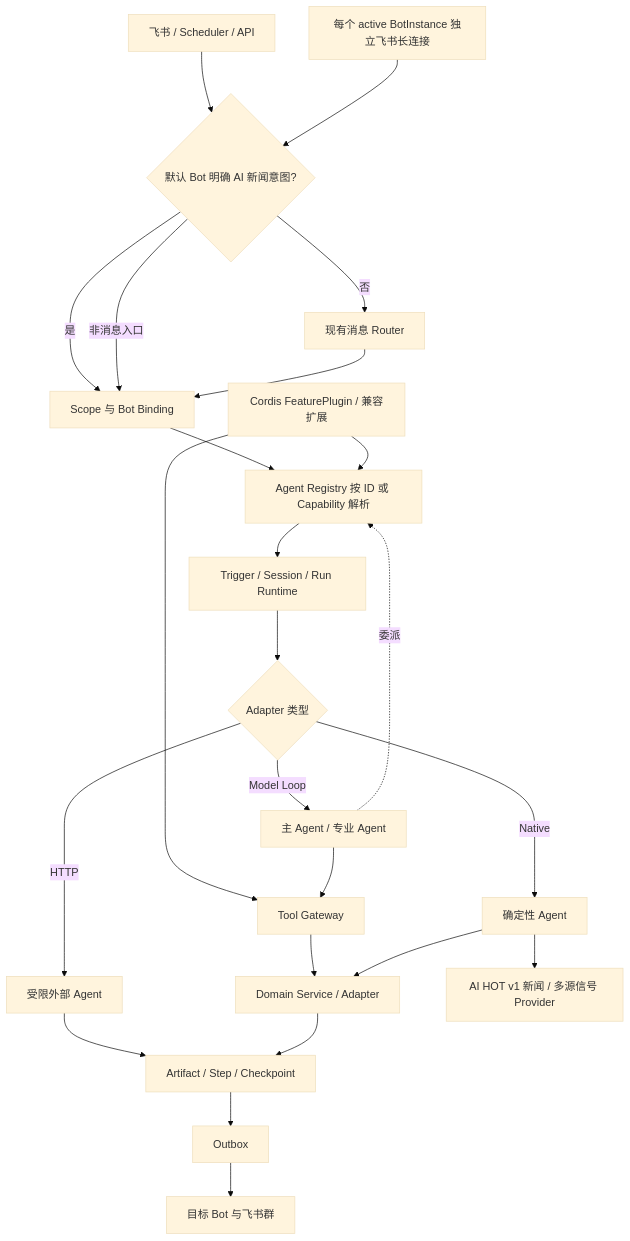
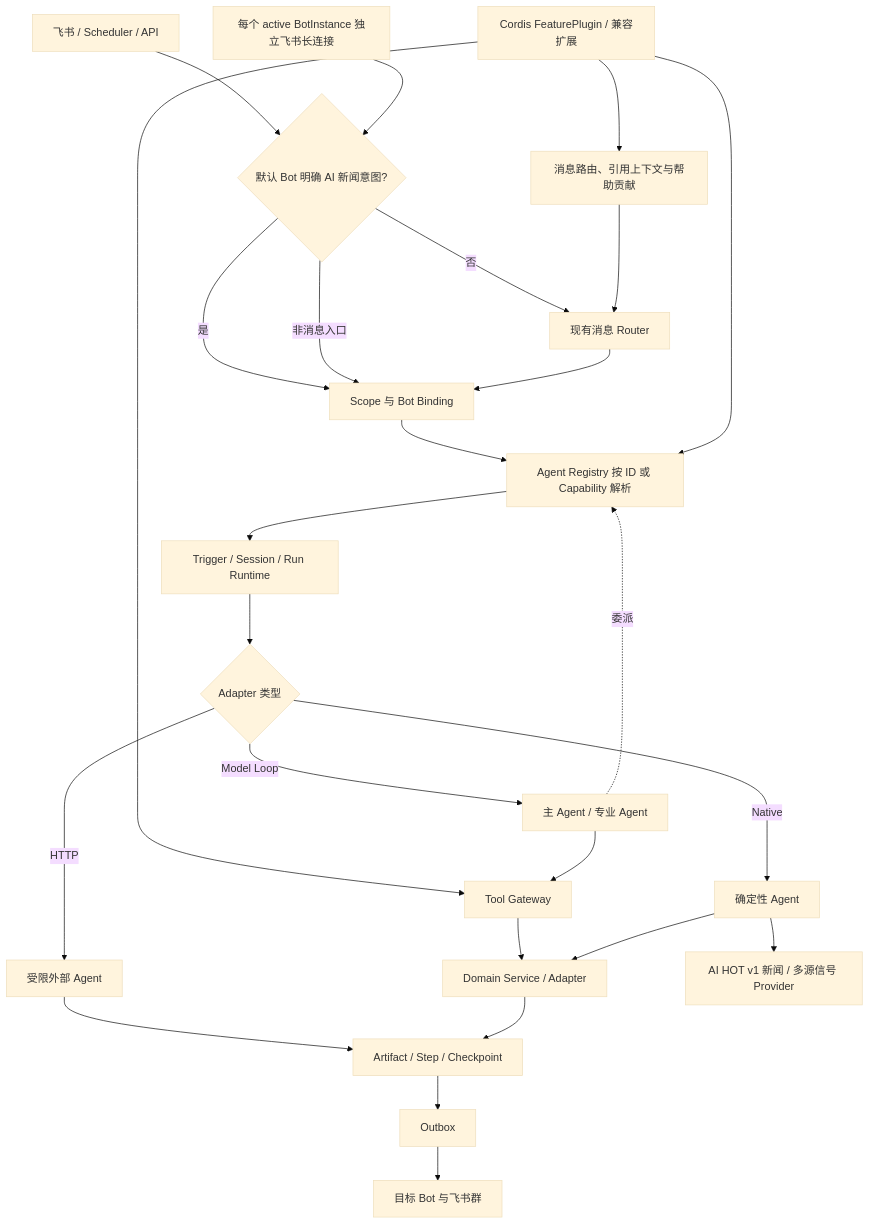
One commit to KlayPeter/AI-Delivery-Ops-Agent changed the diagram in backend/src/platform/FEATURE.md. Above: the diagram before and after it, drawn with Mermaid (base theme). The commit also changed other lines of this file and 39 other files, not shown here.

````diff
--- a/backend/src/platform/FEATURE.md
+++ b/backend/src/platform/FEATURE.md
@@ -29,26 +29,28 @@
 ```mermaid
 flowchart TD
     A["飞书 / Scheduler / API"] --> R{"默认 Bot 明确 AI 新闻意图?"}
     R -- "是" --> B["Scope 与 Bot Binding"]
     R -- "否" --> Q["现有消息 Router"]
     R -- "非消息入口" --> B
     Q --> B
     B --> C["Agent Registry 按 ID 或 Capability 解析"]
     X["Cordis FeaturePlugin / 兼容扩展"] --> C
     X --> I["Tool / Skill / Adapter 注册"]
+    X --> MR["消息路由、引用上下文与帮助贡献"]
+    MR --> Q
     C --> D["Trigger / Session / Run Runtime"]
     D --> E{"Adapter 类型"}
     E -- Model Loop --> F["主 Agent / 专业 Agent"]
     E -- Native --> G["确定性 Agent"]
     E -- HTTP --> H["受限外部 Agent"]
     F --> I["Tool Gateway"]
     F -. 委派 .-> C
     I --> J["Domain Service / Adapter"]
     G --> J
     H --> K["Artifact / Step / Checkpoint"]
     J --> K
     K --> L["Outbox"]
     L --> M["目标 Bot 与飞书群"]
     N["每个 active BotInstance 独立飞书长连接"] --> R
     G --> O["AI HOT v1 新闻 / 多源信号 Provider"]
 ```
````
